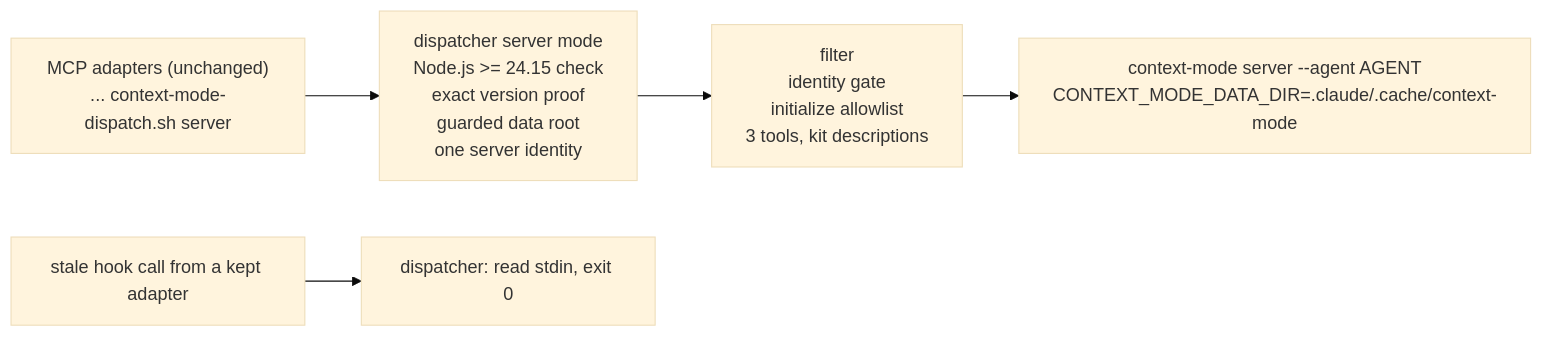
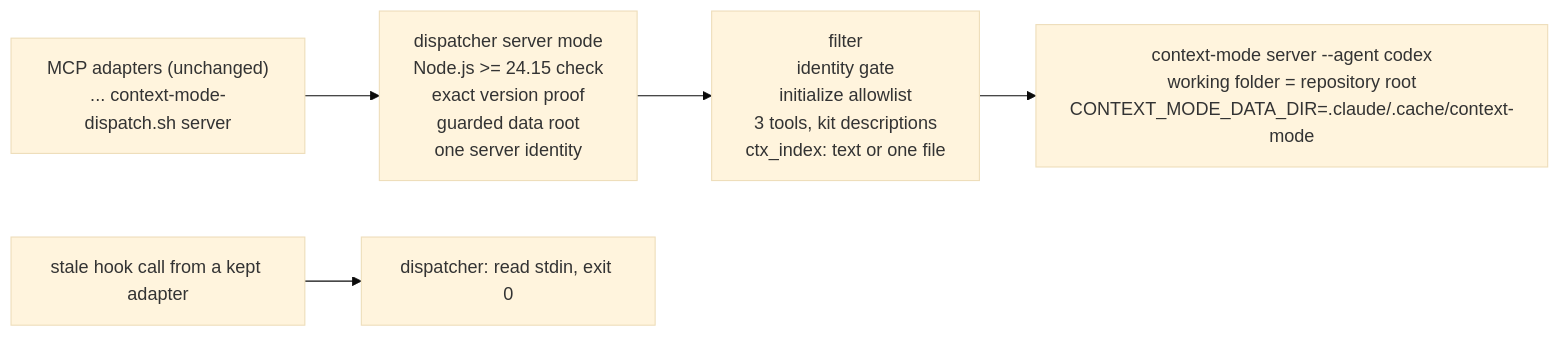
The diagram in plans/context-mode-2x-migration.md (Ghisso/github_copilot_bootstrap), drawn with Mermaid (base theme) before and after one commit. The commit also changed other lines of this file and 2 other files, not shown here.

Commit message:
plan: context-mode-2x-migration planner revision from the 2026-11-12 spike (pin 2.1.8, --agent codex, files-only ctx_index in Phase A)

````diff
--- a/plans/context-mode-2x-migration.md
+++ b/plans/context-mode-2x-migration.md
@@ -302,7 +314,7 @@
 ```mermaid
 flowchart LR
   A["MCP adapters (unchanged)<br/>... context-mode-dispatch.sh server"] --> D["dispatcher server mode<br/>Node.js >= 24.15 check<br/>exact version proof<br/>guarded data root<br/>one server identity"]
-  D --> F["filter<br/>identity gate<br/>initialize allowlist<br/>3 tools, kit descriptions"]
-  F --> U["context-mode server --agent AGENT<br/>CONTEXT_MODE_DATA_DIR=.claude/.cache/context-mode"]
+  D --> F["filter<br/>identity gate<br/>initialize allowlist<br/>3 tools, kit descriptions<br/>ctx_index: text or one file"]
+  F --> U["context-mode server --agent codex<br/>working folder = repository root<br/>CONTEXT_MODE_DATA_DIR=.claude/.cache/context-mode"]
   H["stale hook call from a kept adapter"] --> N["dispatcher: read stdin, exit 0"]
 ```
````
